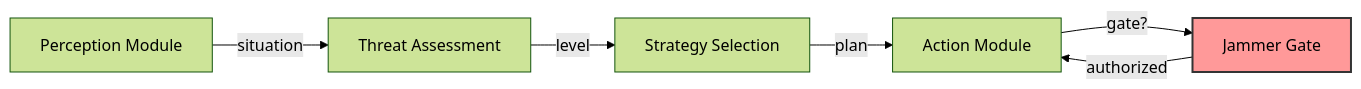
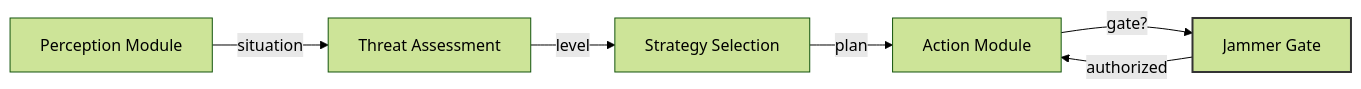
One commit to AAH20/Apex_C-UAS changed the second of 3 diagrams in README.md. Above: the diagram before and after it, drawn with Mermaid (forest theme). The commit also changed other lines of this file, not shown here.

First line of the commit message:
Remove container fill colors from Mermaid diagrams

````diff
--- a/README.md
+++ b/README.md
@@ -58,9 +58,9 @@
 ```mermaid
 flowchart LR
     P[Perception Module] -->|situation| T[Threat Assessment]
     T -->|level| S[Strategy Selection]
     S -->|plan| A[Action Module]
     A -->|gate?| J[Jammer Gate]
     J -->|authorized| A
-    style J fill:#ff9999,stroke:#333,stroke-width:2px
+    style J stroke:#333,stroke-width:2px
 ```
````
